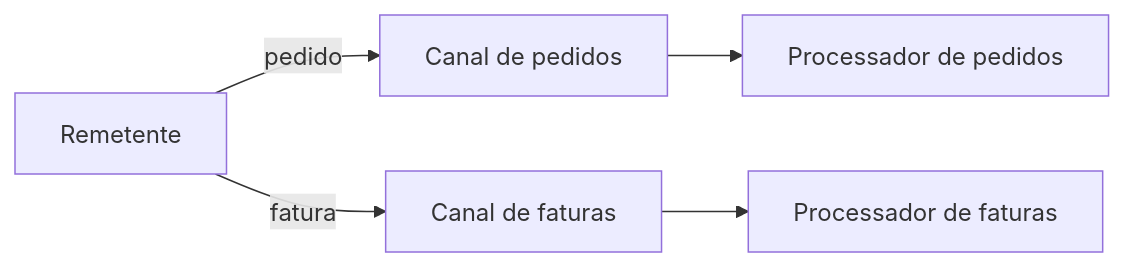
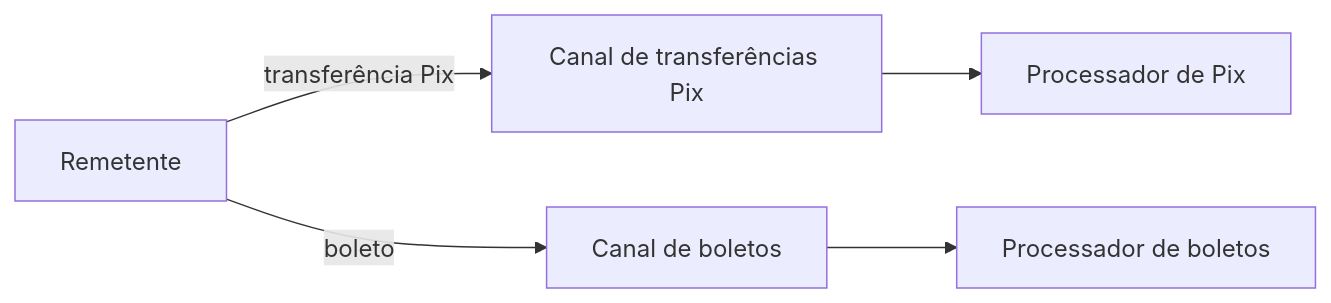
One commit to alancesar/design-patterns changed the diagram in docs/architecture/eip/messaging-channels/datatype-channel.md. Above: the diagram before and after it, drawn with Mermaid. The commit also changed other lines of this file and 11 other files, not shown here.

Commit message:
Switch eip concrete diagrams to fintech scenarios

````diff
--- a/docs/architecture/eip/messaging-channels/datatype-channel.md
+++ b/docs/architecture/eip/messaging-channels/datatype-channel.md
@@ -52,7 +52,7 @@
 ```mermaid
 flowchart LR
-    S["Remetente"] -->|"pedido"| C1["Canal de pedidos"]
-    S -->|"fatura"| C2["Canal de faturas"]
-    C1 --> R1["Processador de pedidos"]
-    C2 --> R2["Processador de faturas"]
+    S["Remetente"] -->|"transferência Pix"| C1["Canal de transferências Pix"]
+    S -->|"boleto"| C2["Canal de boletos"]
+    C1 --> R1["Processador de Pix"]
+    C2 --> R2["Processador de boletos"]
 ```
````
